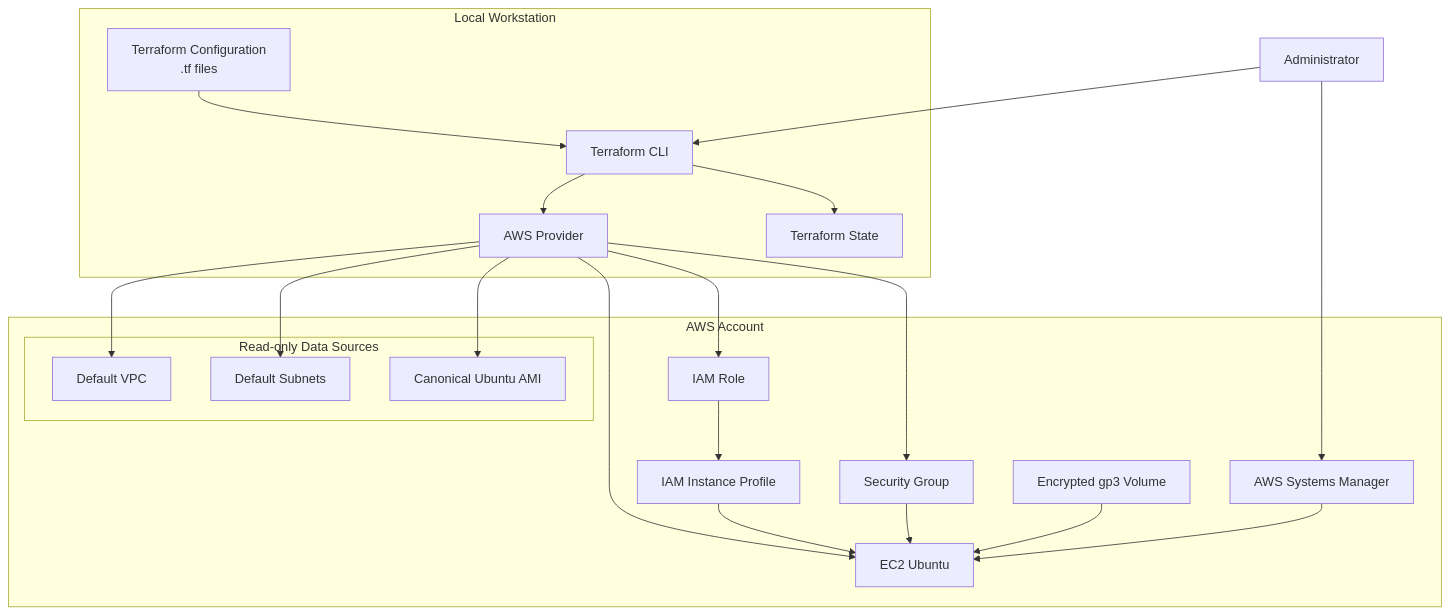
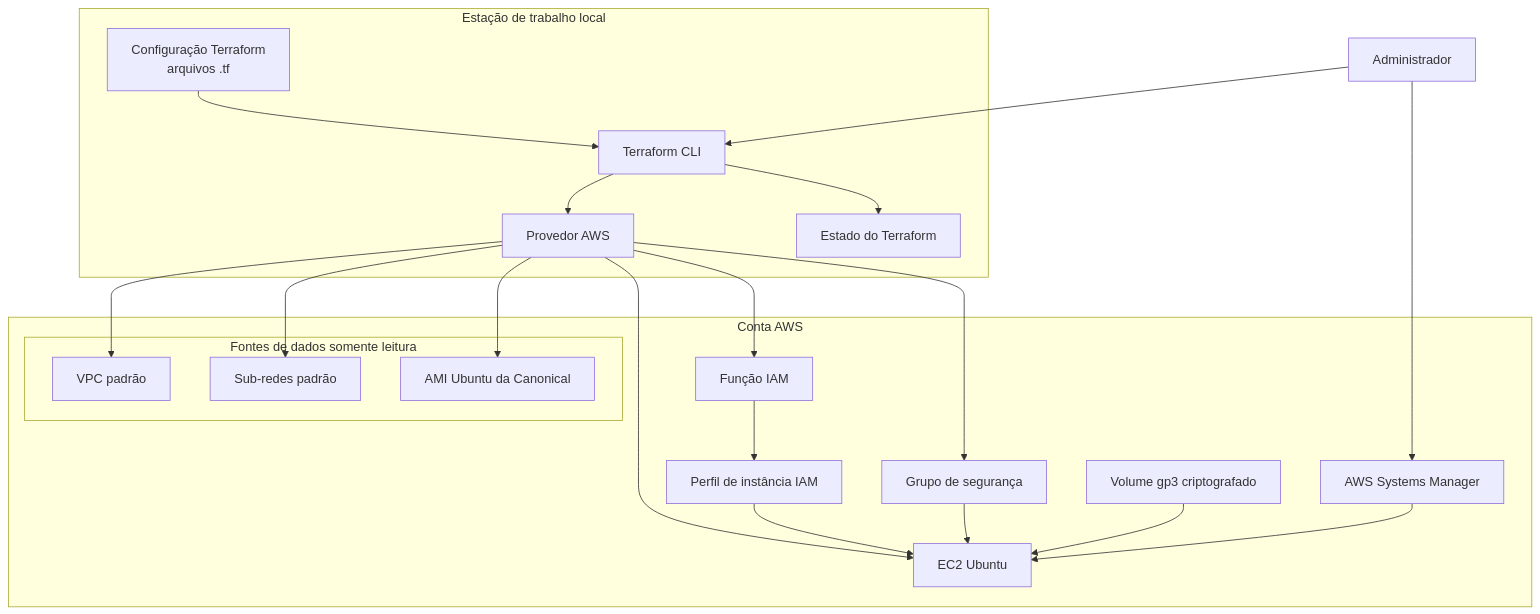
One commit to itamarsb/aws-cloud-engineering-lab changed the diagram in terraform/01-ec2-and-ssm/README.pt-BR.md. Above: the diagram before and after it, drawn with Mermaid. The commit also changed other lines of this file, not shown here.

Commit message:
docs: translate Terraform Lab 01 diagrams, tables and navigation

````diff
--- a/terraform/01-ec2-and-ssm/README.pt-BR.md
+++ b/terraform/01-ec2-and-ssm/README.pt-BR.md
@@ -100,67 +102,67 @@
 ```mermaid
 flowchart TB
 
-    USER["Administrator"]
+    USER["Administrador"]
 
-    subgraph LOCAL["Local Workstation"]
+    subgraph LOCAL["Estação de trabalho local"]
 
-        CODE["Terraform Configuration<br/>.tf files"]
+        CODE["Configuração Terraform<br/>arquivos .tf"]
 
-        PROVIDER["AWS Provider"]
+        PROVIDER["Provedor AWS"]
 
-        STATE["Terraform State"]
+        STATE["Estado do Terraform"]
 
         CLI["Terraform CLI"]
 
         CODE --> CLI
         CLI --> PROVIDER
         CLI --> STATE
 
     end
 
-    subgraph AWS["AWS Account"]
+    subgraph AWS["Conta AWS"]
 
-        subgraph DATA["Read-only Data Sources"]
+        subgraph DATA["Fontes de dados somente leitura"]
 
-            VPC["Default VPC"]
-            SUBNET["Default Subnets"]
-            AMI["Canonical Ubuntu AMI"]
+            VPC["VPC padrão"]
+            SUBNET["Sub-redes padrão"]
+            AMI["AMI Ubuntu da Canonical"]
 
         end
 
-        ROLE["IAM Role"]
+        ROLE["Função IAM"]
 
-        PROFILE["IAM Instance Profile"]
+        PROFILE["Perfil de instância IAM"]
 
-        SG["Security Group"]
+        SG["Grupo de segurança"]
 
         EC2["EC2 Ubuntu"]
 
-        EBS["Encrypted gp3 Volume"]
+        EBS["Volume gp3 criptografado"]
 
         SSM["AWS Systems Manager"]
 
     end
 
     PROVIDER --> VPC
     PROVIDER --> SUBNET
     PROVIDER --> AMI
 
     PROVIDER --> ROLE
     ROLE --> PROFILE
 
     PROVIDER --> SG
 
     PROVIDER --> EC2
 
     PROFILE --> EC2
 
     SG --> EC2
 
     EBS --> EC2
 
     SSM --> EC2
 
     USER --> CLI
     USER --> SSM
 ```
````
